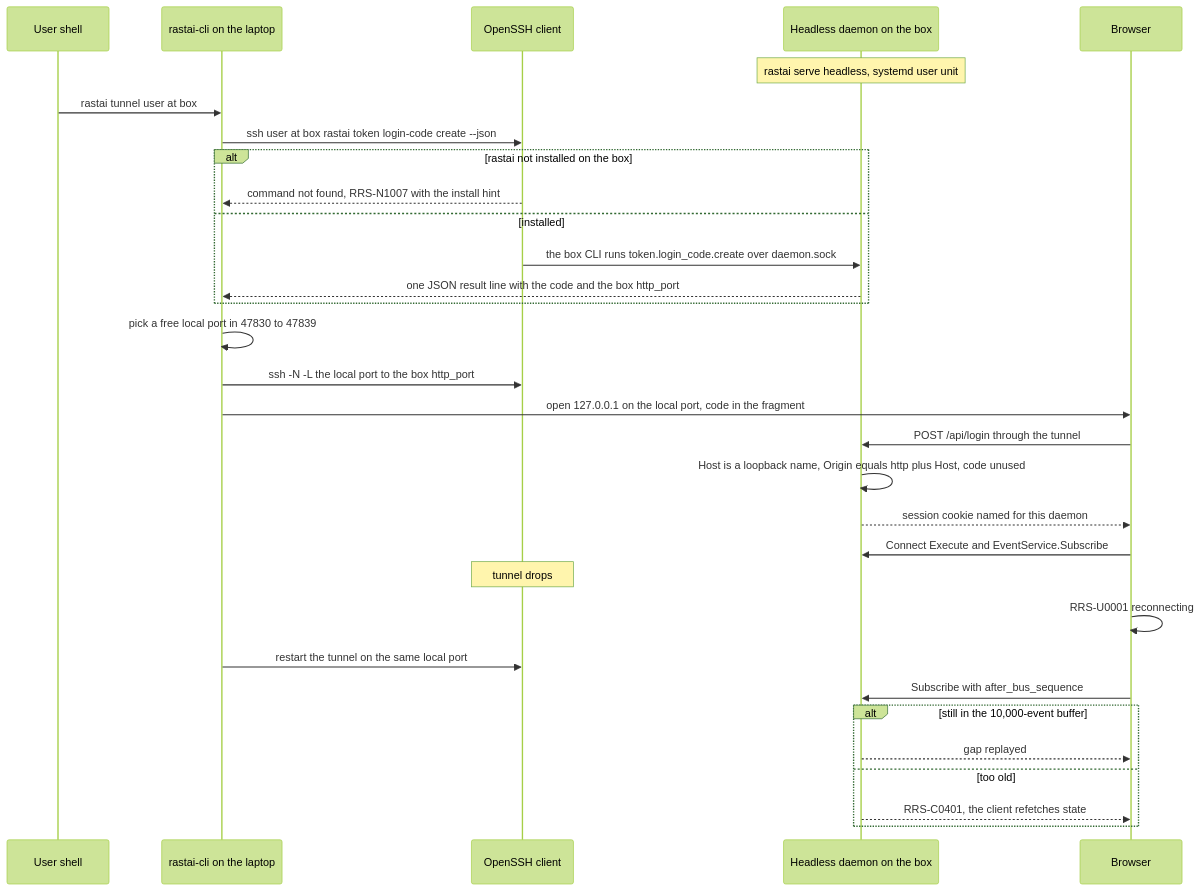
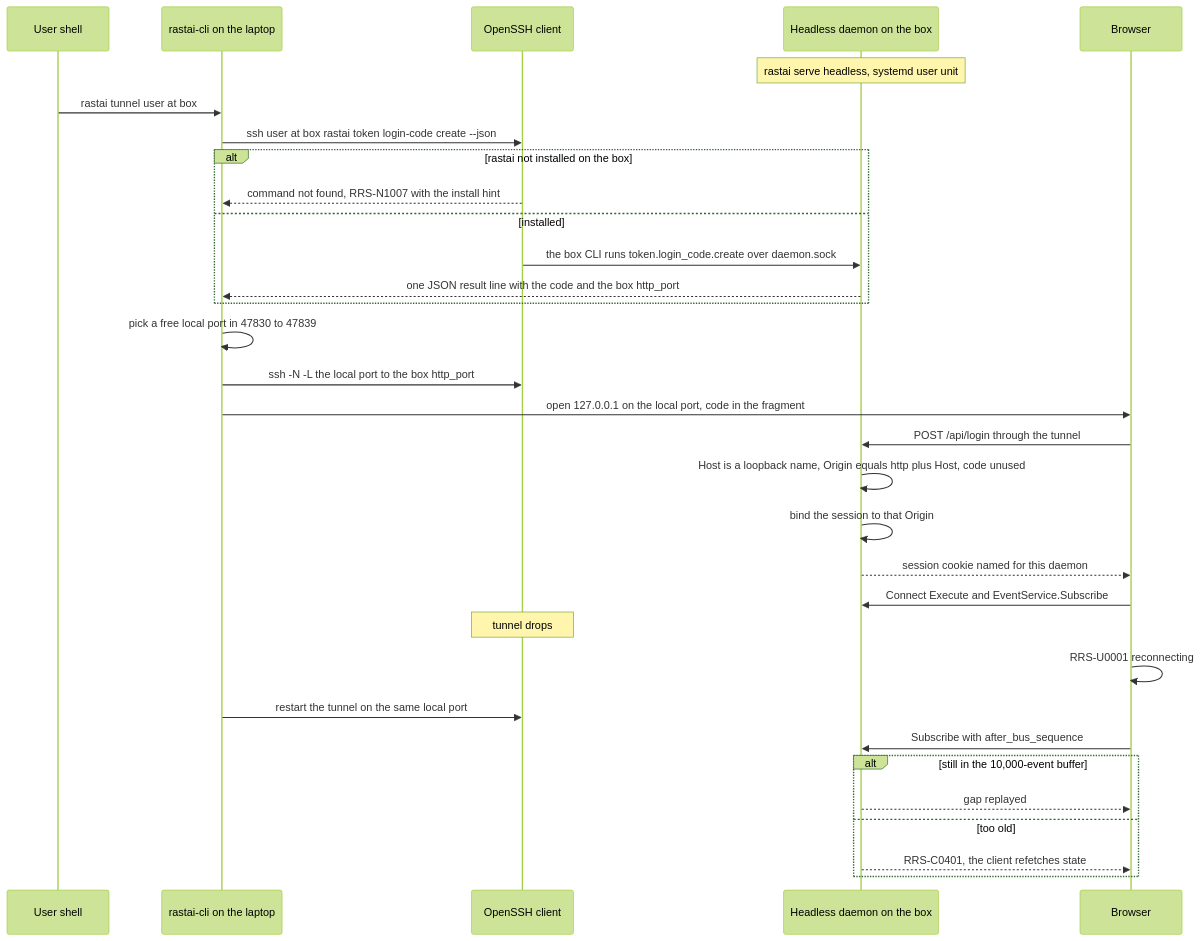
One commit to Snubiss/RASTAI-Research-Studio changed diagram 31 of 32 in docs/architecture/flows/designer-gym-remote.md. Above: the diagram before and after it, drawn with Mermaid (forest theme). The commit also changed other lines of this file and 44 other files, not shown here.

````diff
--- a/docs/architecture/flows/designer-gym-remote.md
+++ b/docs/architecture/flows/designer-gym-remote.md
@@ -1473,33 +1501,34 @@
 ```mermaid
 sequenceDiagram
   participant U as User shell
   participant CLI as rastai-cli on the laptop
   participant SSH as OpenSSH client
   participant HD as Headless daemon on the box
   participant BR as Browser
   Note over HD: rastai serve headless, systemd user unit
   U->>CLI: rastai tunnel user at box
   CLI->>SSH: ssh user at box rastai token login-code create --json
   alt rastai not installed on the box
     SSH-->>CLI: command not found, RRS-N1007 with the install hint
   else installed
     SSH->>HD: the box CLI runs token.login_code.create over daemon.sock
     HD-->>CLI: one JSON result line with the code and the box http_port
   end
   CLI->>CLI: pick a free local port in 47830 to 47839
   CLI->>SSH: ssh -N -L the local port to the box http_port
   CLI->>BR: open 127.0.0.1 on the local port, code in the fragment
   BR->>HD: POST /api/login through the tunnel
   HD->>HD: Host is a loopback name, Origin equals http plus Host, code unused
+  HD->>HD: bind the session to that Origin
   HD-->>BR: session cookie named for this daemon
   BR->>HD: Connect Execute and EventService.Subscribe
   Note over SSH: tunnel drops
   BR->>BR: RRS-U0001 reconnecting
   CLI->>SSH: restart the tunnel on the same local port
   BR->>HD: Subscribe with after_bus_sequence
   alt still in the 10,000-event buffer
     HD-->>BR: gap replayed
   else too old
     HD-->>BR: RRS-C0401, the client refetches state
   end
 ```
````
